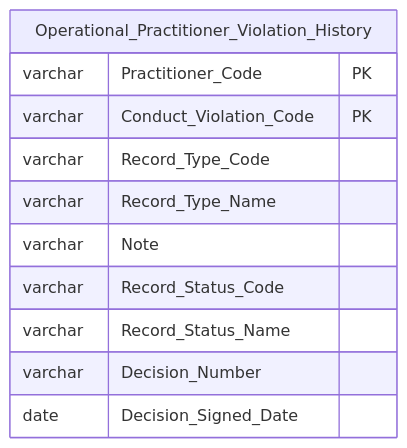
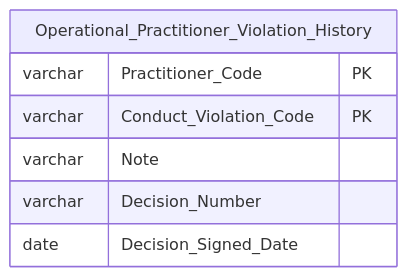
Before and after one commit to linhlvit/ubck_atomic_design: diagram 36 of 40 in Datamart/hld/DTM_NHNCK_HLD.md, drawn with Mermaid. The commit also changed other lines of this file and 10 other files, not shown here.

````diff
--- a/Datamart/hld/DTM_NHNCK_HLD.md
+++ b/Datamart/hld/DTM_NHNCK_HLD.md
@@ -1471,15 +1471,11 @@
 ```mermaid
 erDiagram
     Operational_Practitioner_Violation_History {
         varchar Practitioner_Code PK
         varchar Conduct_Violation_Code PK
-        varchar Record_Type_Code
-        varchar Record_Type_Name
         varchar Note
-        varchar Record_Status_Code
-        varchar Record_Status_Name
         varchar Decision_Number
         date Decision_Signed_Date
 
     }
 ```
````
